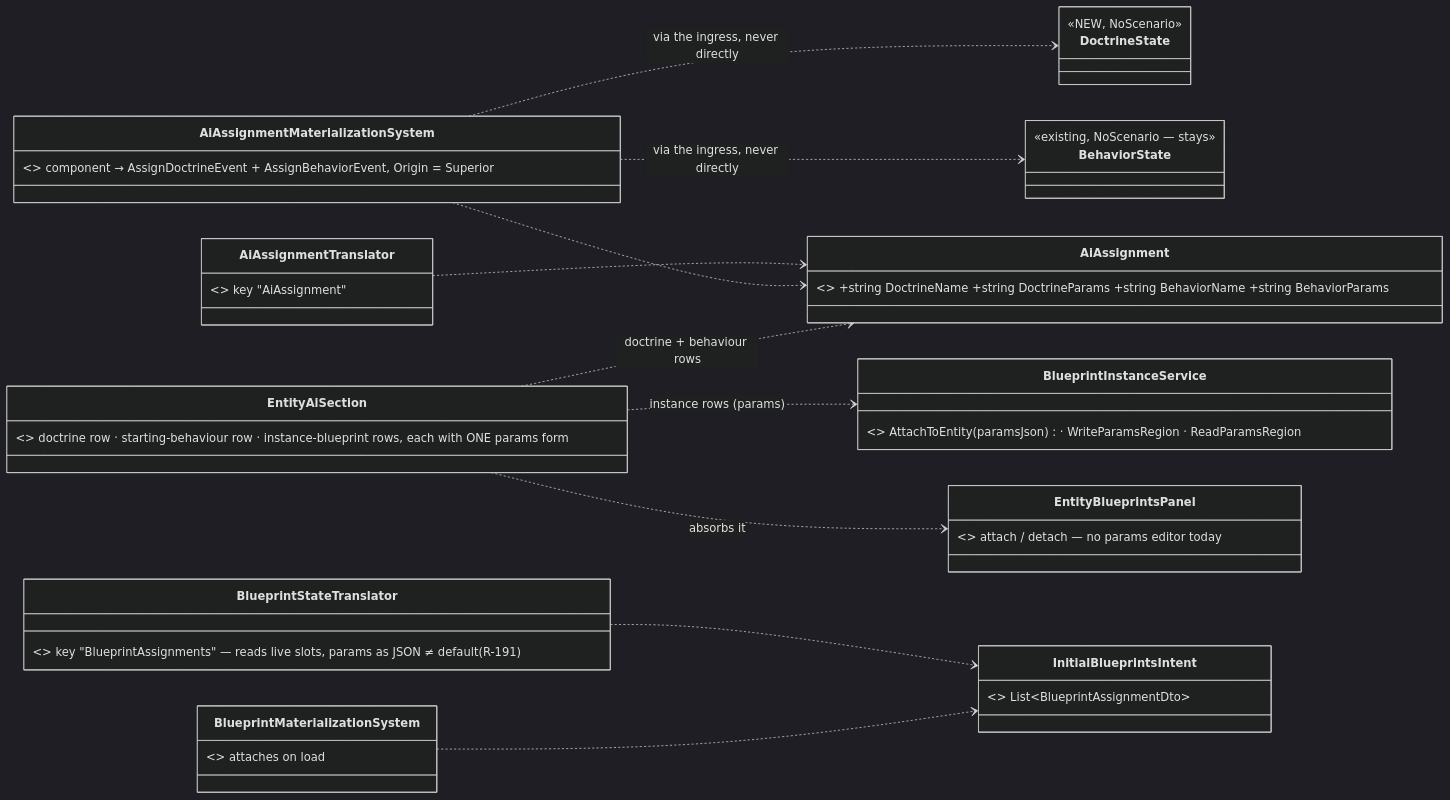
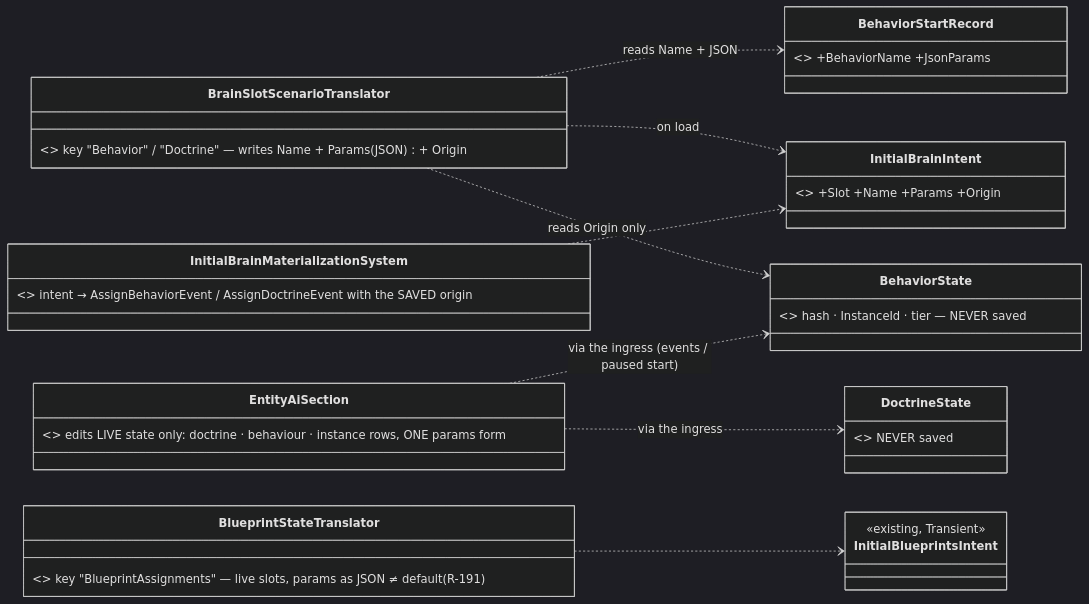
One commit to pjanec/HROT changed the ninth of 10 diagrams in docs/DESIGN_Sensors_And_Doctrine.md. Above: the diagram before and after it, drawn with Mermaid (dark theme). The commit also changed other lines of this file and 2 other files, not shown here.

First line of the commit message:
R-192 snapshot concept for scenario AI (supersedes R-190 AiAssignment), design 7.5 rewritten + section 10 open decisions; bug CE-3045 sensor children saved into scenarios

````diff
--- a/docs/DESIGN_Sensors_And_Doctrine.md
+++ b/docs/DESIGN_Sensors_And_Doctrine.md
@@ -402,24 +402,20 @@
 ```mermaid
 classDiagram
   direction LR
-  class AiAssignment { <<NEW component, SAVED to the scenario>> +string DoctrineName +string DoctrineParams +string BehaviorName +string BehaviorParams }
-  class AiAssignmentTranslator { <<NEW scenario translator>> key "AiAssignment" }
-  class AiAssignmentMaterializationSystem { <<NEW, Brain authority node, Input>> component → AssignDoctrineEvent + AssignBehaviorEvent, Origin = Superior }
-  class BehaviorState { <<existing, NoScenario — stays>> }
-  class DoctrineState { <<NEW, NoScenario>> }
-  class BlueprintStateTranslator { <<existing, CHANGES>> key "BlueprintAssignments" — reads live slots, params as JSON ≠ default (R-191) }
-  class InitialBlueprintsIntent { <<existing, Transient>> List~BlueprintAssignmentDto~ }
-  class BlueprintMaterializationSystem { <<existing>> attaches on load }
-  class EntityAiSection { <<NEW editor Details section — UI lane>> doctrine row · starting-behaviour row · instance-blueprint rows, each with ONE params form }
-  class EntityBlueprintsPanel { <<existing>> attach / detach — no params editor today }
-  class BlueprintInstanceService { <<existing>> AttachToEntity(paramsJson) · WriteParamsRegion · ReadParamsRegion }
-  AiAssignmentTranslator ..> AiAssignment
-  AiAssignmentMaterializationSystem ..> AiAssignment
-  AiAssignmentMaterializationSystem ..> BehaviorState : via the ingress, never directly
-  AiAssignmentMaterializationSystem ..> DoctrineState : via the ingress, never directly
+  class BehaviorState { <<existing, NoScenario — stays>> hash · InstanceId · tier — NEVER saved }
+  class DoctrineState { <<NEW, NoScenario>> NEVER saved }
+  class BehaviorStartRecord { <<existing, Transient, one per slot after S2>> +BehaviorName +JsonParams }
+  class BrainSlotScenarioTranslator { <<NEW, ONE class, registered per slot>> key "Behavior" / "Doctrine" — writes Name + Params(JSON) + Origin }
+  class InitialBrainIntent { <<NEW, Transient>> +Slot +Name +Params +Origin }
+  class InitialBrainMaterializationSystem { <<NEW, Brain authority node, Input>> intent → AssignBehaviorEvent / AssignDoctrineEvent with the SAVED origin }
+  class BlueprintStateTranslator { <<existing, CHANGES>> key "BlueprintAssignments" — live slots, params as JSON ≠ default (R-191) }
+  class InitialBlueprintsIntent { <<existing, Transient>> }
+  class EntityAiSection { <<NEW editor Details section — UI lane>> edits LIVE state only: doctrine · behaviour · instance rows, ONE params form }
+  BrainSlotScenarioTranslator ..> BehaviorStartRecord : reads Name + JSON
+  BrainSlotScenarioTranslator ..> BehaviorState : reads Origin only
+  BrainSlotScenarioTranslator ..> InitialBrainIntent : on load
+  InitialBrainMaterializationSystem ..> InitialBrainIntent
   BlueprintStateTranslator ..> InitialBlueprintsIntent
-  BlueprintMaterializationSystem ..> InitialBlueprintsIntent
-  EntityAiSection ..> AiAssignment : doctrine + behaviour rows
-  EntityAiSection ..> EntityBlueprintsPanel : absorbs it
-  EntityAiSection ..> BlueprintInstanceService : instance rows (params)
+  EntityAiSection ..> BehaviorState : via the ingress (events / paused start)
+  EntityAiSection ..> DoctrineState : via the ingress
 ```
````
